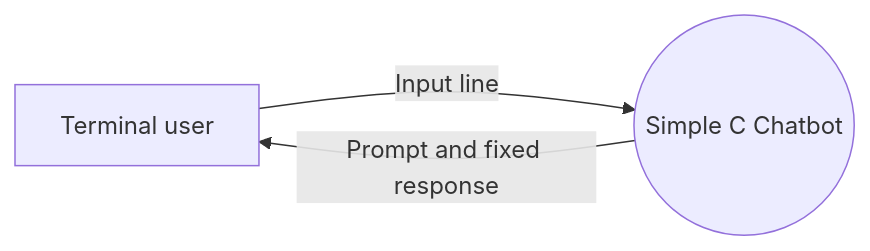
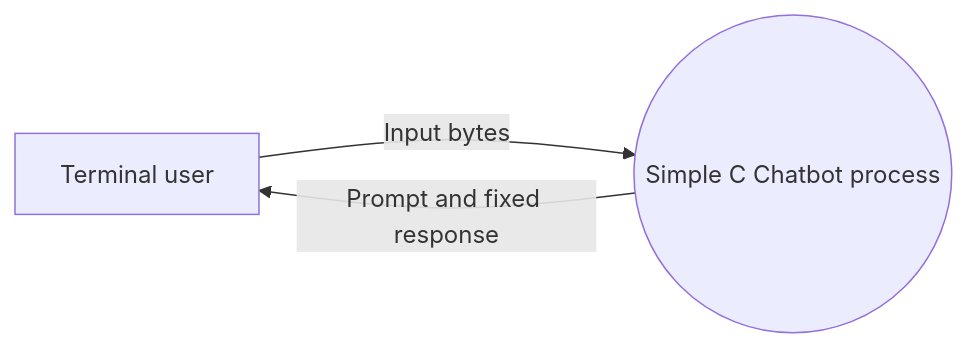
The first of 3 diagrams in docs/data-flow.md (Brajesh31/chatbot-C-), drawn with Mermaid before and after one commit. The commit also changed other lines of this file and 4 other files, not shown here.

Commit message:
Expand architecture, data flow, security and maintenance documentation

```diff
--- a/docs/data-flow.md
+++ b/docs/data-flow.md
@@ -5,5 +9,5 @@
 ~~~mermaid
 flowchart LR
- User[Terminal user] -->|Input line| App((Simple C Chatbot))
+ User[Terminal user] -->|Input bytes| App((Simple C Chatbot process))
  App -->|Prompt and fixed response| User
 ~~~
```
